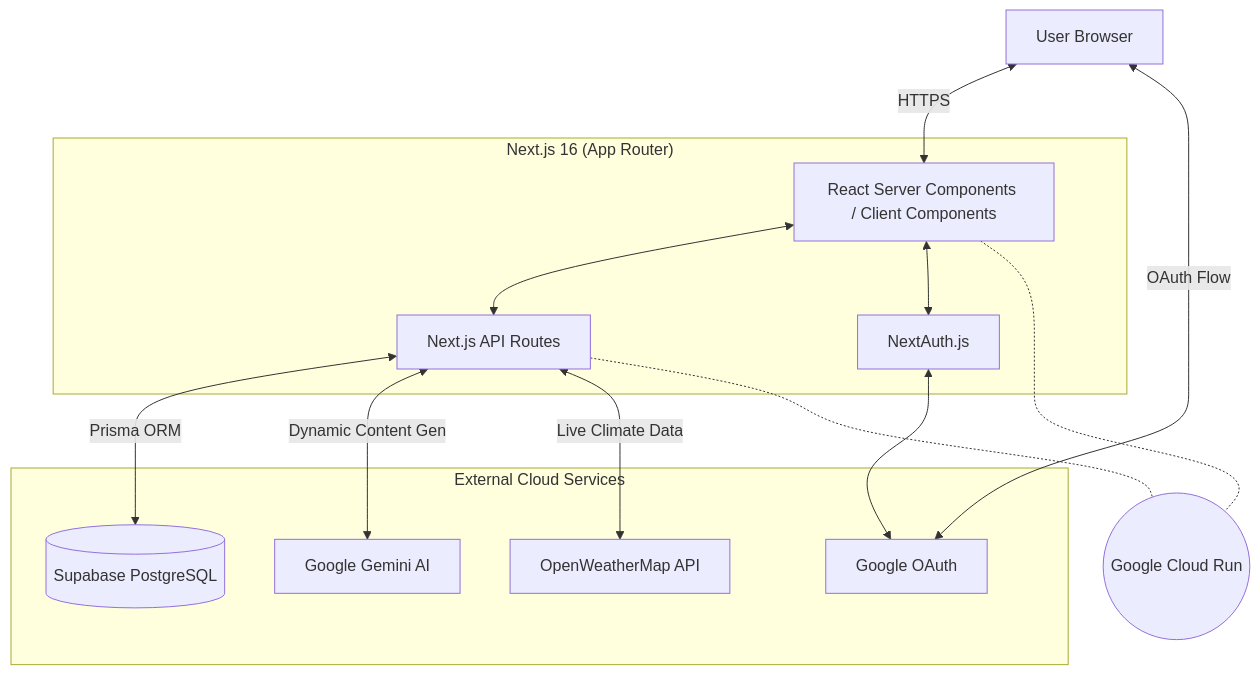
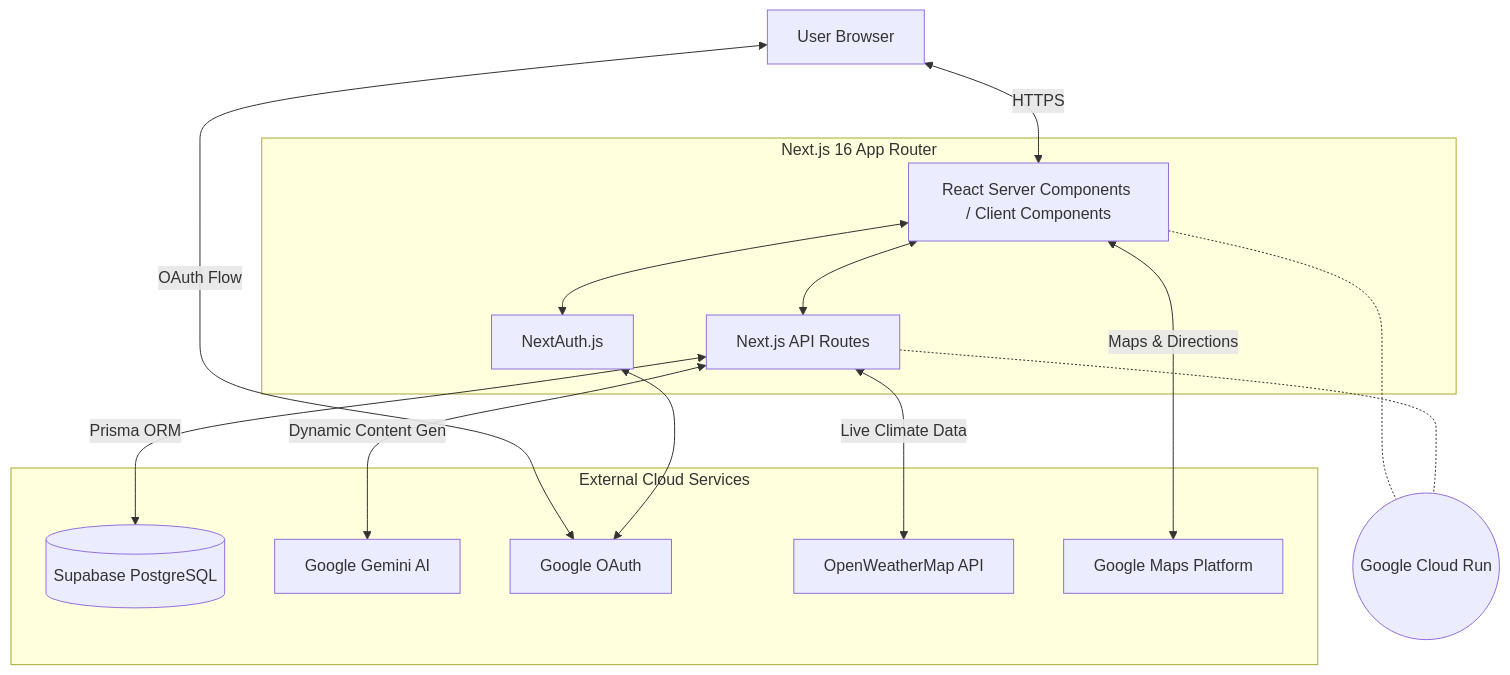
The diagram in README.md (pratyush06-aec/carbon-emission-awareness-platform-flutter-), drawn with Mermaid before and after one commit. The commit also changed other lines of this file and 6 other files, not shown here.

````diff
--- a/README.md
+++ b/README.md
@@ -33,37 +105,39 @@
 ```mermaid
 graph TD
     %% Frontend
     Client[User Browser]
     
     %% Next.js Application
-    subgraph "Next.js 16 (App Router)"
+    subgraph "Next.js 16 App Router"
         UI[React Server Components / Client Components]
         API[Next.js API Routes]
         Auth[NextAuth.js]
     end
     
     %% External Services
     subgraph "External Cloud Services"
         DB[(Supabase PostgreSQL)]
         Gemini[Google Gemini AI]
         OAuth[Google OAuth]
         Weather[OpenWeatherMap API]
+        Maps[Google Maps Platform]
     end
     
     %% Infrastructure
     Deploy((Google Cloud Run))
     
     %% Connections
     Client <-->|HTTPS| UI
     Client <-->|OAuth Flow| OAuth
     UI <--> API
     UI <--> Auth
     Auth <--> OAuth
     API <-->|Prisma ORM| DB
     API <-->|Dynamic Content Gen| Gemini
     API <-->|Live Climate Data| Weather
+    UI <-->|Maps & Directions| Maps
     
     %% Deployment Context
     UI -.- Deploy
     API -.- Deploy
 ```
````
